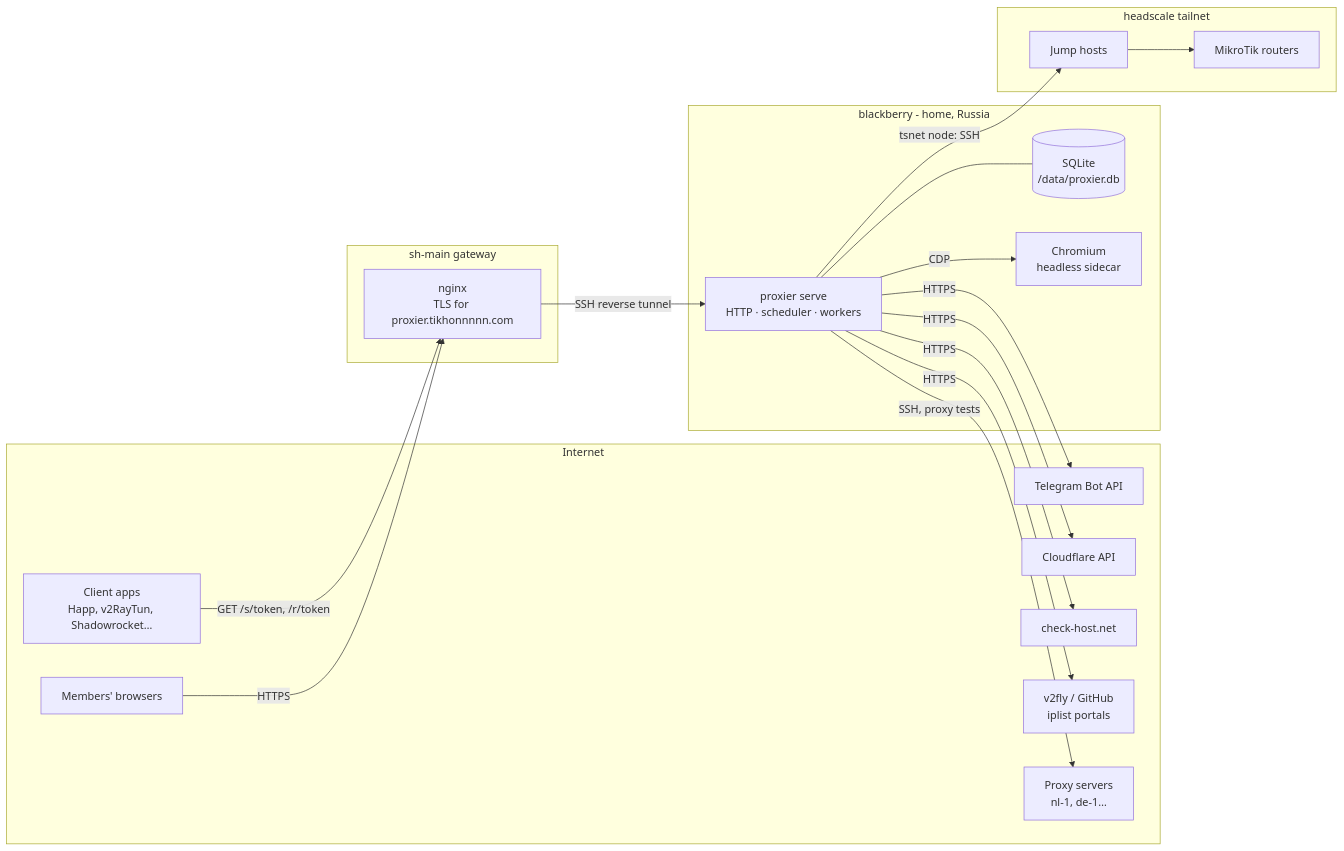
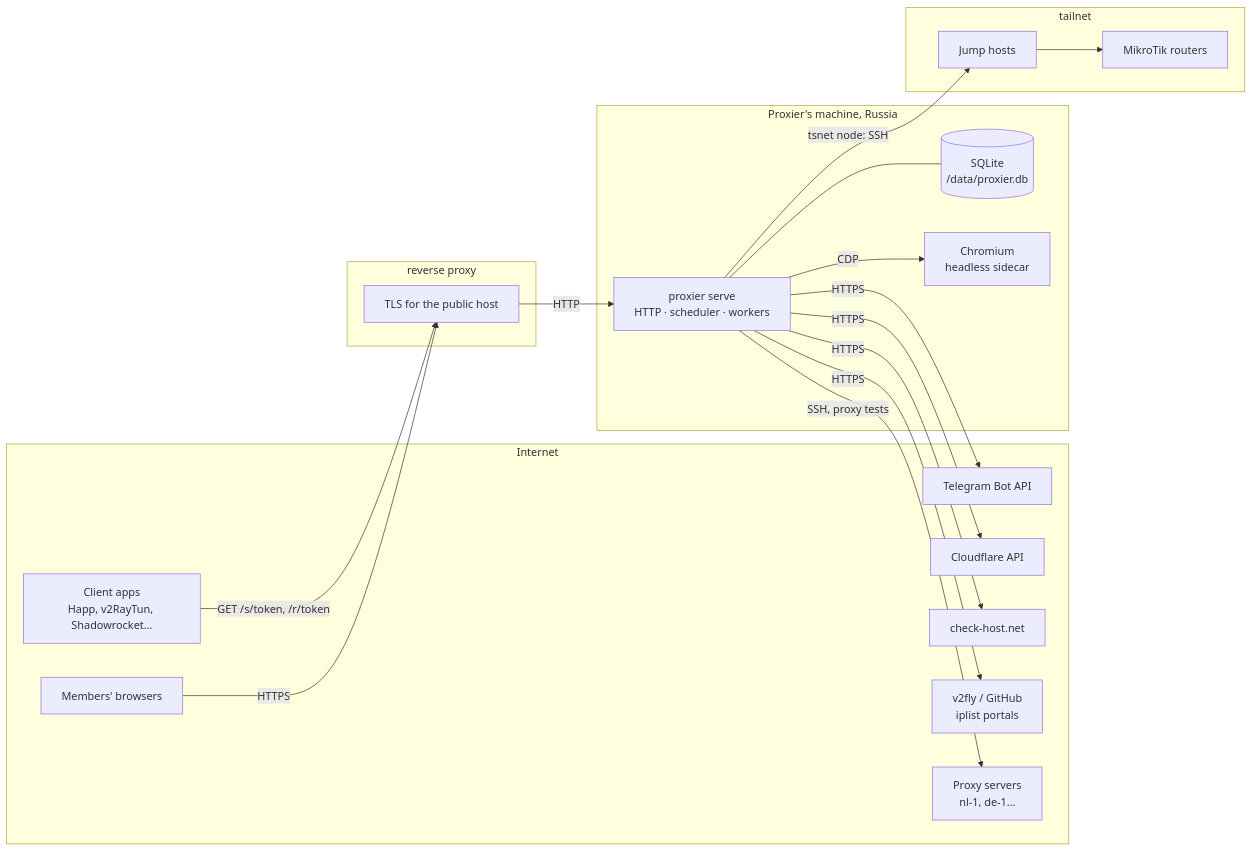
The diagram in docs/architecture.md (tikhonp/proxier), drawn with Mermaid before and after one commit. The commit also changed other lines of this file and 51 other files, not shown here.

````diff
--- a/docs/architecture.md
+++ b/docs/architecture.md
@@ -7,32 +7,32 @@
 ```mermaid
 flowchart LR
     subgraph Internet
         APPS[Client apps<br/>Happ, v2RayTun, Shadowrocket…]
         ADMINB[Members' browsers]
         TG[Telegram Bot API]
         CF[Cloudflare API]
         CH[check-host.net]
         UP[v2fly / GitHub<br/>iplist portals]
         SRV[Proxy servers<br/>nl-1, de-1…]
     end
-    subgraph sh-main [sh-main gateway]
-        NGX[nginx<br/>TLS for proxier.tikhonnnnn.com]
+    subgraph gateway [reverse proxy]
+        NGX[TLS for the public host]
     end
-    subgraph blackberry [blackberry - home, Russia]
+    subgraph home [Proxier's machine, Russia]
         PX[proxier serve<br/>HTTP · scheduler · workers]
         DB[(SQLite<br/>/data/proxier.db)]
         CHR[Chromium<br/>headless sidecar]
     end
-    subgraph tailnet [headscale tailnet]
+    subgraph tailnet [tailnet]
         JH[Jump hosts]
         RTR[MikroTik routers]
     end
     APPS -- GET /s/token, /r/token --> NGX
     ADMINB -- HTTPS --> NGX
-    NGX -- SSH reverse tunnel --> PX
+    NGX -- HTTP --> PX
     PX --- DB
     PX -- CDP --> CHR
     PX -- SSH, proxy tests --> SRV
     PX -- HTTPS --> TG & CF & CH & UP
     PX -- tsnet node: SSH --> JH --> RTR
 ```
````
